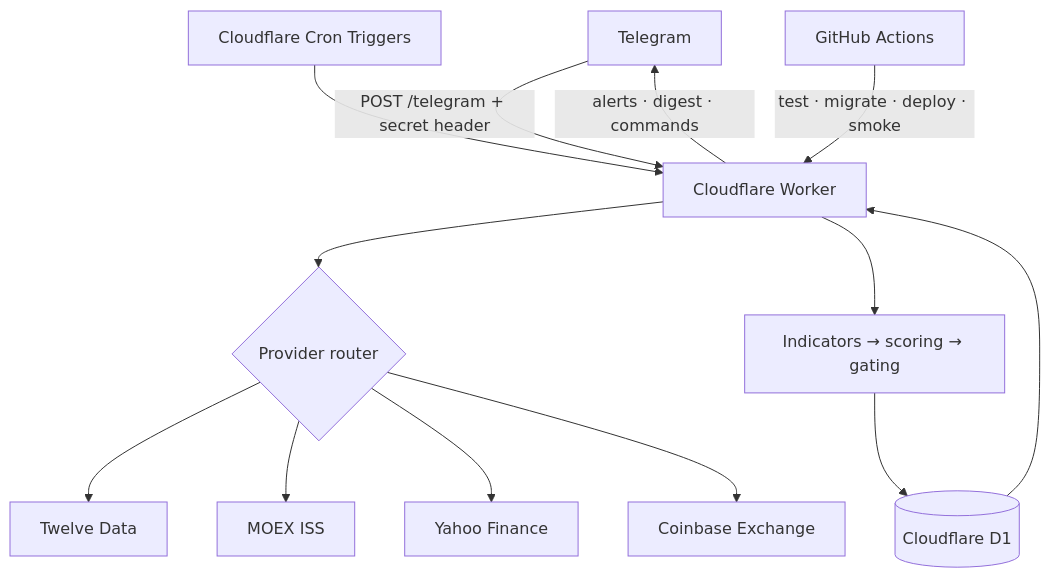
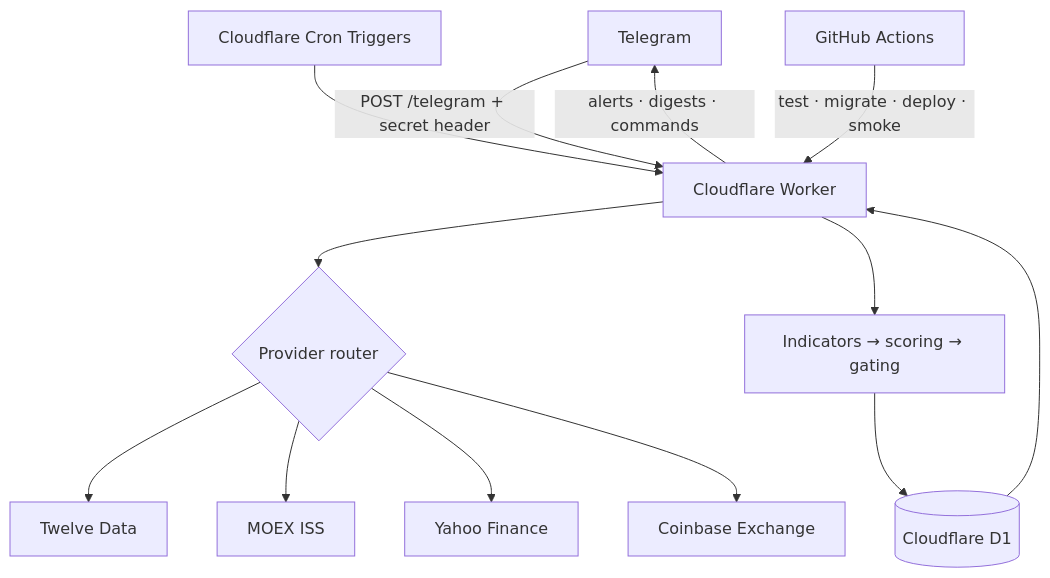
The second of 2 diagrams in README.md (dobrodob/time-to-change), drawn with Mermaid before and after one commit. The commit also changed other lines of this file and 3 other files, not shown here.

````diff
--- a/README.md
+++ b/README.md
@@ -105,15 +103,15 @@
 ```mermaid
 flowchart TB
   TG["Telegram"] -->|"POST /telegram + secret header"| W["Cloudflare Worker"]
   CRON["Cloudflare Cron Triggers"] --> W
   W --> ROUTER{"Provider router"}
   ROUTER --> TD["Twelve Data"]
   ROUTER --> MOEX["MOEX ISS"]
   ROUTER --> YF["Yahoo Finance"]
   ROUTER --> CB["Coinbase Exchange"]
   W --> SCORE["Indicators → scoring → gating"]
   SCORE --> D1[("Cloudflare D1")]
   D1 --> W
-  W -->|"alerts · digest · commands"| TG
+  W -->|"alerts · digests · commands"| TG
   GH["GitHub Actions"] -->|"test · migrate · deploy · smoke"| W
 ```
````
